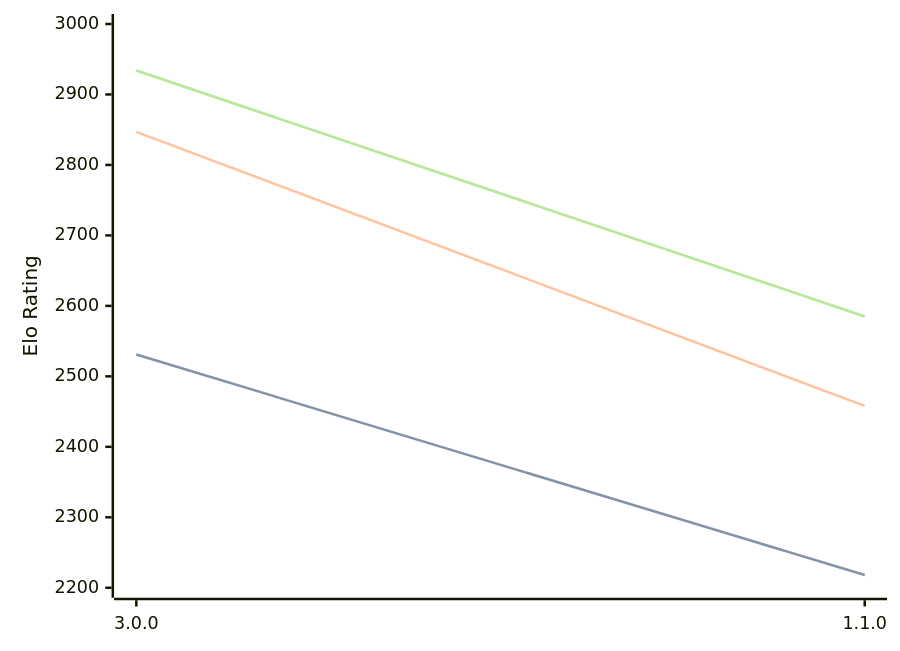
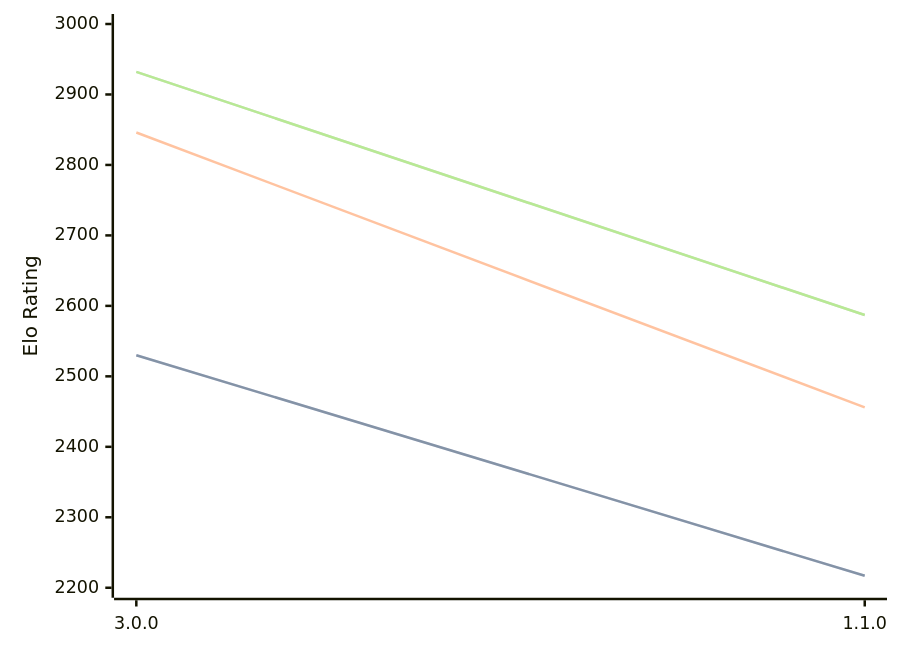
The diagram in engines/Potential.md (computer-chess-index/cci), drawn with Mermaid before and after one commit. The commit also changed other lines of this file, not shown here.

Commit message:
Update CCI Ratings (ELO VLTC) - 2026-06-07

````diff
--- a/engines/Potential.md
+++ b/engines/Potential.md
@@ -34,11 +34,11 @@
 ```mermaid
 %%{init: {"theme":"base","themeVariables":{"seriesColors:['#a3a3a3','#222221','#faa371']}}}%%
 xychart-beta
   x-axis ["3.0.0", "1.1.0"]
   y-axis "Elo Rating" 2200 --> 3000
-  line "STC (8.0+0.08s)" [2531, 2218]
-  line "STC (8.0+0.08s)" [2531, 2218]
-  line "LTC (60.0+0.60s)" [2847, 2458]
-  line "VLTC (2m24s+1.12s)" [2934, 2585]
-  line "VLTC (2m24s+1.12s)" [2934, 2585]
+  line "STC (8.0+0.08s)" [2530, 2217]
+  line "STC (8.0+0.08s)" [2530, 2217]
+  line "LTC (60.0+0.60s)" [2846, 2456]
+  line "VLTC (2m24s+1.12s)" [2932, 2587]
+  line "VLTC (2m24s+1.12s)" [2932, 2587]
 ```
````
